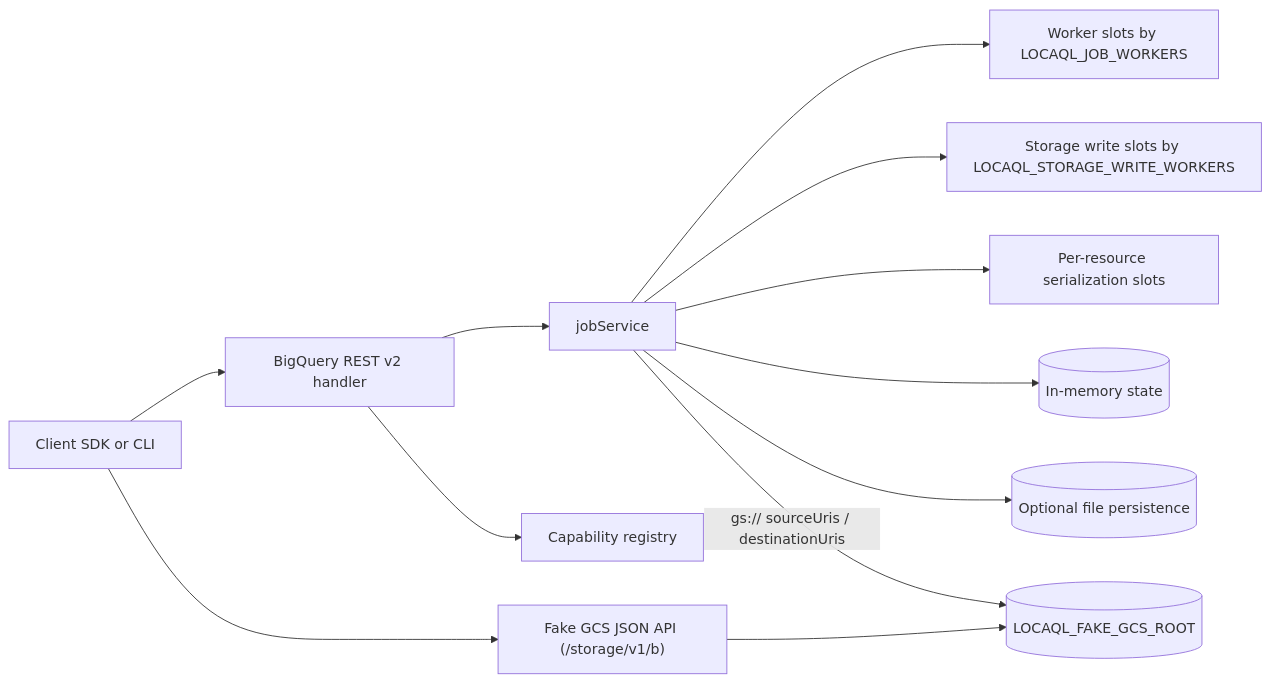
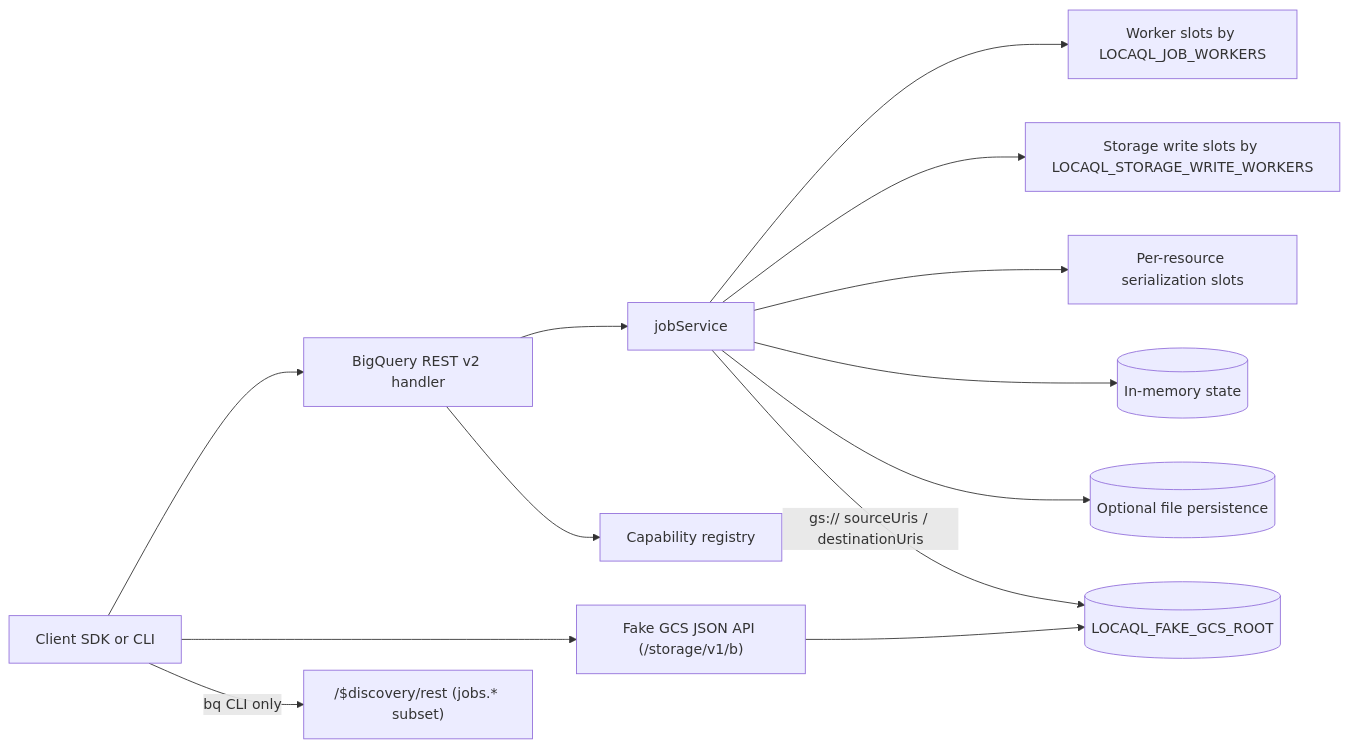
Before and after one commit to lraigosov/LocaQL: the first of 11 diagrams in README.md, drawn with Mermaid. The commit also changed other lines of this file, not shown here.

````diff
--- a/README.md
+++ b/README.md
@@ -138,14 +138,15 @@
 ```mermaid
 flowchart LR
 	Client[Client SDK or CLI] --> REST[BigQuery REST v2 handler]
 	Client --> GCSApi["Fake GCS JSON API (/storage/v1/b)"]
+	Client -->|"bq CLI only"| Discovery["/$discovery/rest (jobs.* subset)"]
 	REST --> JobService[jobService]
 	REST --> Registry[Capability registry]
 	JobService --> WorkerSlots[Worker slots by LOCAQL_JOB_WORKERS]
 	JobService --> StorageSlots[Storage write slots by LOCAQL_STORAGE_WRITE_WORKERS]
 	JobService --> ResourceSlots[Per-resource serialization slots]
 	JobService --> StateStore[(In-memory state)]
 	JobService --> Persist[(Optional file persistence)]
 	JobService -->|"gs:// sourceUris / destinationUris"| FakeGCSRoot[(LOCAQL_FAKE_GCS_ROOT)]
 	GCSApi --> FakeGCSRoot
 ```
````
